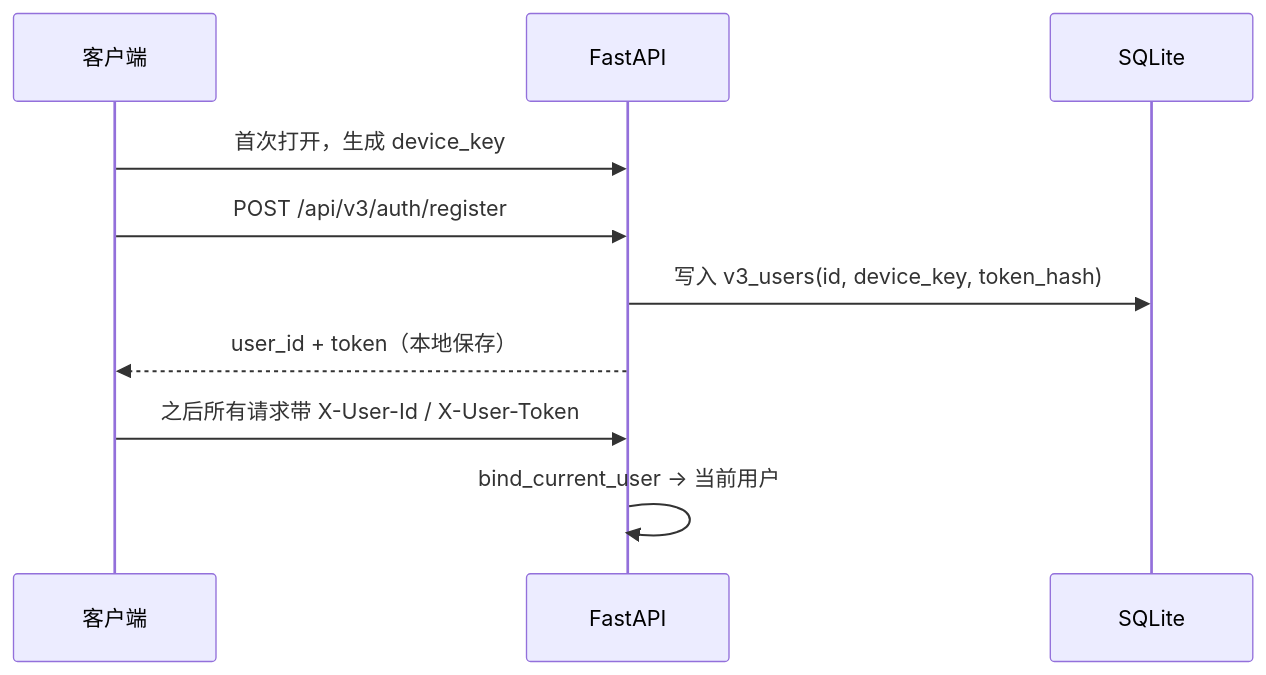
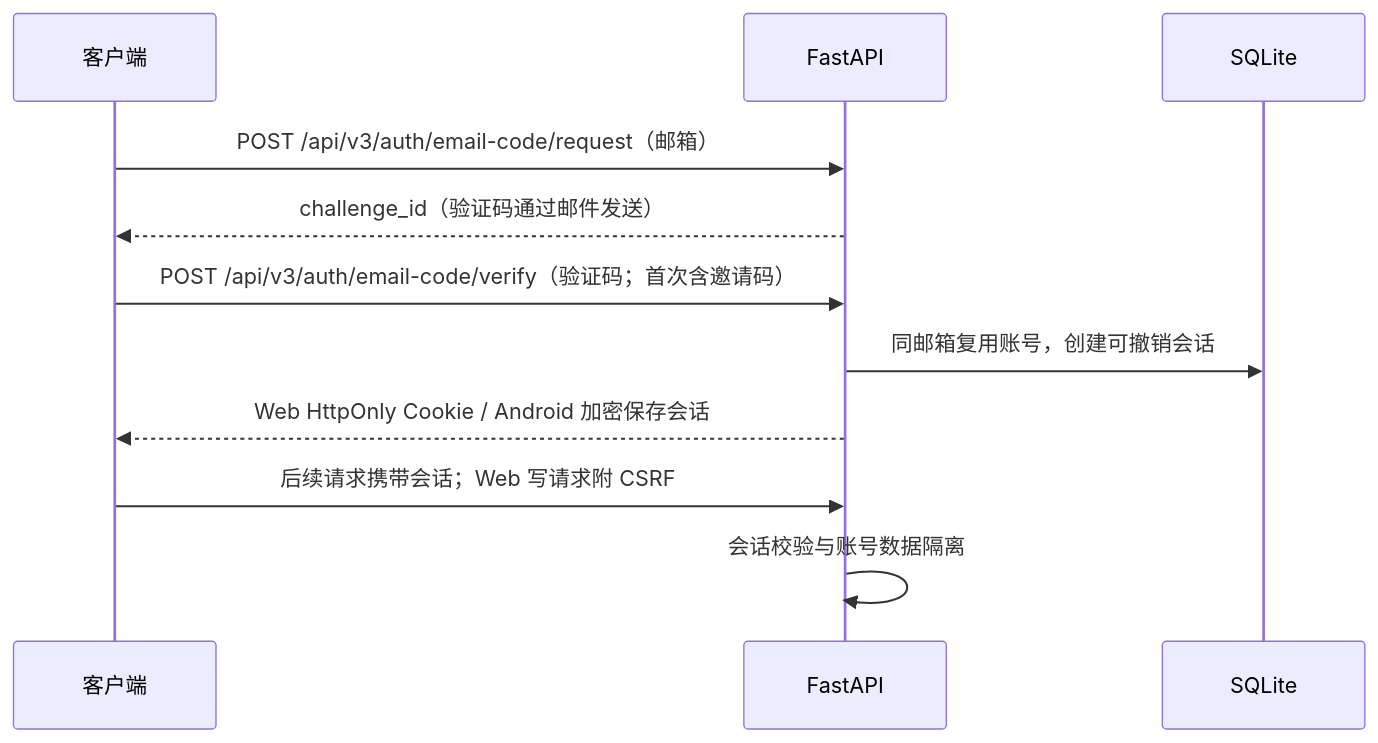
Before and after one commit to LQ-1123/speakeasy: the fourth of 7 diagrams in README.md, drawn with Mermaid. The commit also changed other lines of this file and 246 other files, not shown here.

````diff
--- a/README.md
+++ b/README.md
@@ -336,12 +343,13 @@
 ```mermaid
 sequenceDiagram
   participant C as 客户端
   participant F as FastAPI
   participant DB as SQLite
-  C->>F: 首次打开，生成 device_key
-  C->>F: POST /api/v3/auth/register
-  F->>DB: 写入 v3_users(id, device_key, token_hash)
-  F-->>C: user_id + token（本地保存）
-  C->>F: 之后所有请求带 X-User-Id / X-User-Token
-  F->>F: bind_current_user → 当前用户
+  C->>F: POST /api/v3/auth/email-code/request（邮箱）
+  F-->>C: challenge_id（验证码通过邮件发送）
+  C->>F: POST /api/v3/auth/email-code/verify（验证码；首次含邀请码）
+  F->>DB: 同邮箱复用账号，创建可撤销会话
+  F-->>C: Web HttpOnly Cookie / Android 加密保存会话
+  C->>F: 后续请求携带会话；Web 写请求附 CSRF
+  F->>F: 会话校验与账号数据隔离
 ```
````
